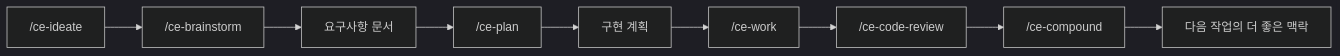
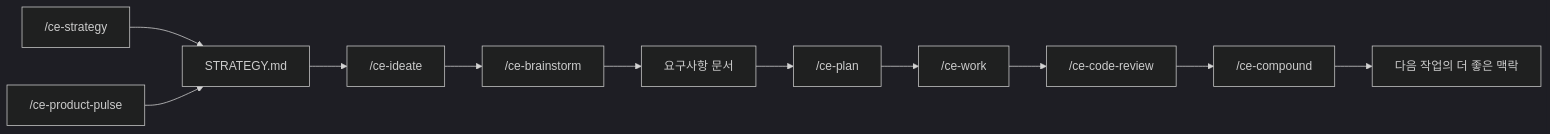
One commit to gyuha/gyuha.github.io changed the first of 2 diagrams in content/post/2026/04/2026-04-22-compound-engineering-plugin-planning-review-loop.md. Above: the diagram before and after it, drawn with Mermaid (dark theme). The commit also changed other lines of this file and 740 other files, not shown here.

````diff
--- a/content/post/2026/04/2026-04-22-compound-engineering-plugin-planning-review-loop.md
+++ b/content/post/2026/04/2026-04-22-compound-engineering-plugin-planning-review-loop.md
@@ -73,11 +81,13 @@
 ```mermaid
 flowchart LR
-    A["/ce-ideate"] --> B["/ce-brainstorm"]
-    B --> C["요구사항 문서"]
-    C --> D["/ce-plan"]
-    D --> E["구현 계획"]
-    E --> F["/ce-work"]
-    F --> G["/ce-code-review"]
-    G --> H["/ce-compound"]
-    H --> I["다음 작업의 더 좋은 맥락"]
+    A["/ce-strategy"] --> B["STRATEGY.md"]
+    B --> C["/ce-ideate"]
+    C --> D["/ce-brainstorm"]
+    D --> E["요구사항 문서"]
+    E --> F["/ce-plan"]
+    F --> G["/ce-work"]
+    G --> H["/ce-code-review"]
+    H --> I["/ce-compound"]
+    J["/ce-product-pulse"] --> B
+    I --> K["다음 작업의 더 좋은 맥락"]
 ```
````
